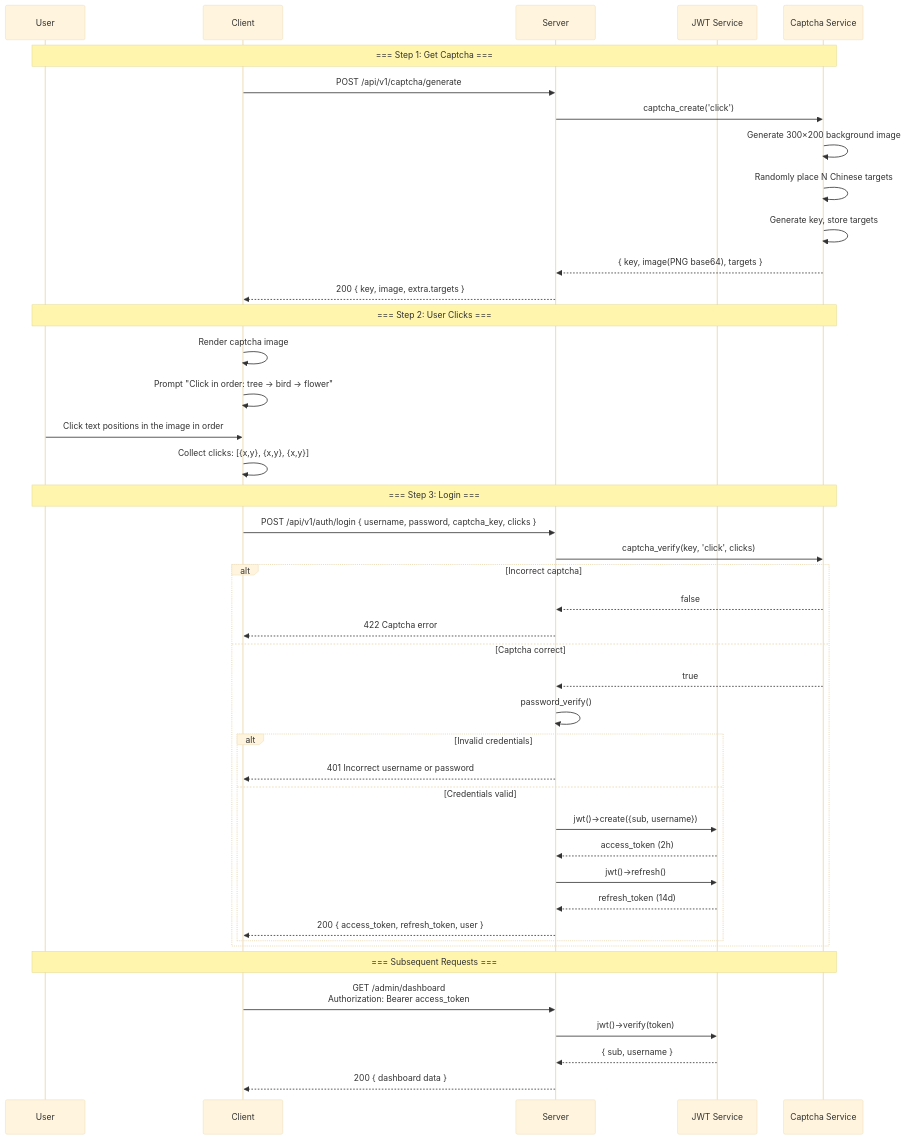
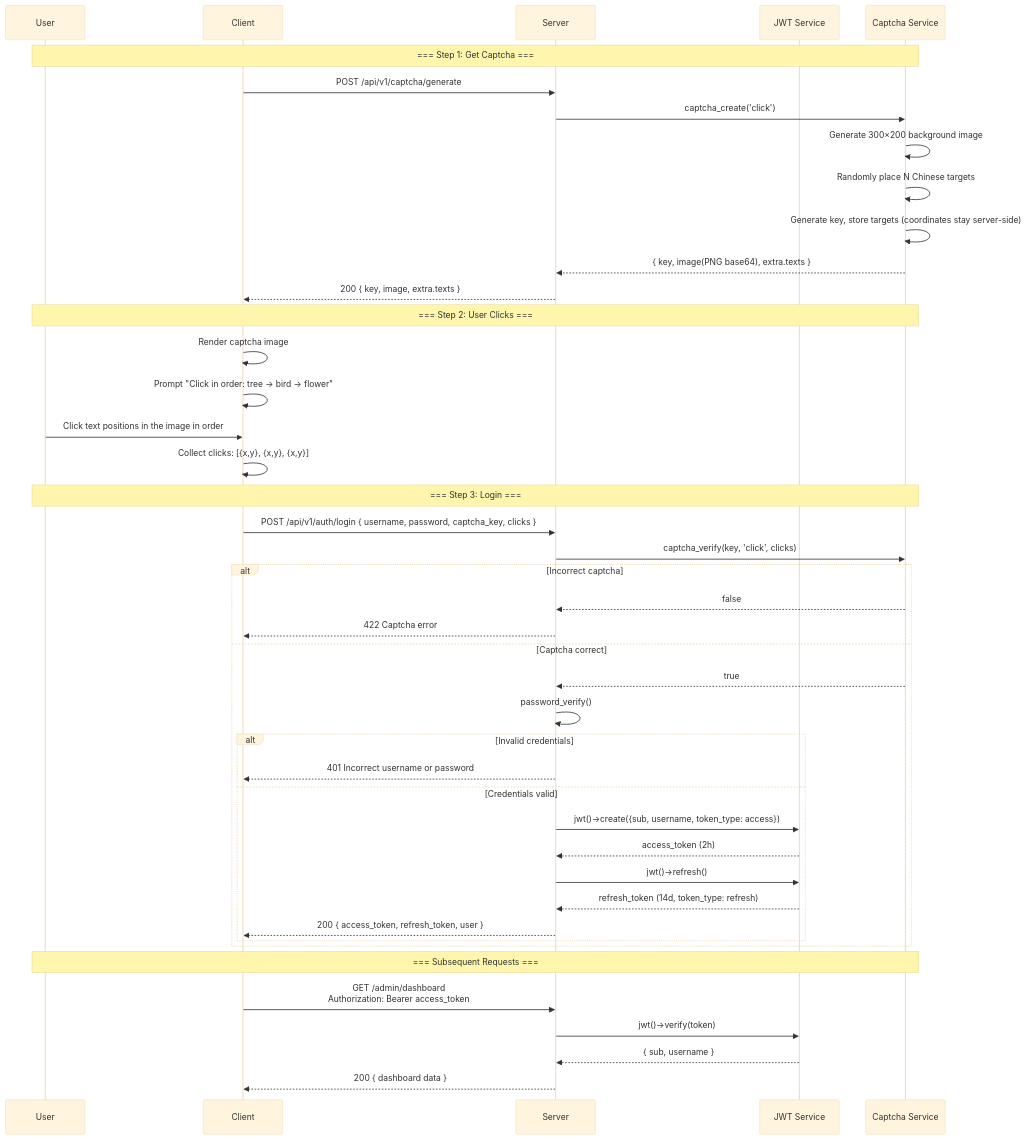
One commit to erikwang2013/integrated-global-logistics changed the fourth of 13 diagrams in admin/docs/ARCHITECTURE.en.md. Above: the diagram before and after it, drawn with Mermaid (base theme). The commit also changed other lines of this file and 88 other files, not shown here.

````diff
--- a/admin/docs/ARCHITECTURE.en.md
+++ b/admin/docs/ARCHITECTURE.en.md
@@ -230,49 +230,49 @@
 ```mermaid
 sequenceDiagram
     participant U as User
     participant CL as Client
     participant SV as Server
     participant JWT as JWT Service
     participant CAP as Captcha Service
 
     Note over U,CAP: === Step 1: Get Captcha ===
     CL->>SV: POST /api/v1/captcha/generate
     SV->>CAP: captcha_create('click')
     CAP->>CAP: Generate 300×200 background image
     CAP->>CAP: Randomly place N Chinese targets
-    CAP->>CAP: Generate key, store targets
-    CAP-->>SV: { key, image(PNG base64), targets }
-    SV-->>CL: 200 { key, image, extra.targets }
+    CAP->>CAP: Generate key, store targets (coordinates stay server-side)
+    CAP-->>SV: { key, image(PNG base64), extra.texts }
+    SV-->>CL: 200 { key, image, extra.texts }
 
     Note over U,CAP: === Step 2: User Clicks ===
     CL->>CL: Render captcha image
     CL->>CL: Prompt "Click in order: tree → bird → flower"
     U->>CL: Click text positions in the image in order
     CL->>CL: Collect clicks: [{x,y}, {x,y}, {x,y}]
 
     Note over U,CAP: === Step 3: Login ===
     CL->>SV: POST /api/v1/auth/login { username, password, captcha_key, clicks }
     SV->>CAP: captcha_verify(key, 'click', clicks)
     alt Incorrect captcha
         CAP-->>SV: false
         SV-->>CL: 422 Captcha error
     else Captcha correct
         CAP-->>SV: true
         SV->>SV: password_verify()
         alt Invalid credentials
             SV-->>CL: 401 Incorrect username or password
         else Credentials valid
-            SV->>JWT: jwt()->create({sub, username})
+            SV->>JWT: jwt()->create({sub, username, token_type: access})
             JWT-->>SV: access_token (2h)
             SV->>JWT: jwt()->refresh()
-            JWT-->>SV: refresh_token (14d)
+            JWT-->>SV: refresh_token (14d, token_type: refresh)
             SV-->>CL: 200 { access_token, refresh_token, user }
         end
     end
 
     Note over U,CAP: === Subsequent Requests ===
     CL->>SV: GET /admin/dashboard<br/>Authorization: Bearer access_token
     SV->>JWT: jwt()->verify(token)
     JWT-->>SV: { sub, username }
     SV-->>CL: 200 { dashboard data }
 ```
````
